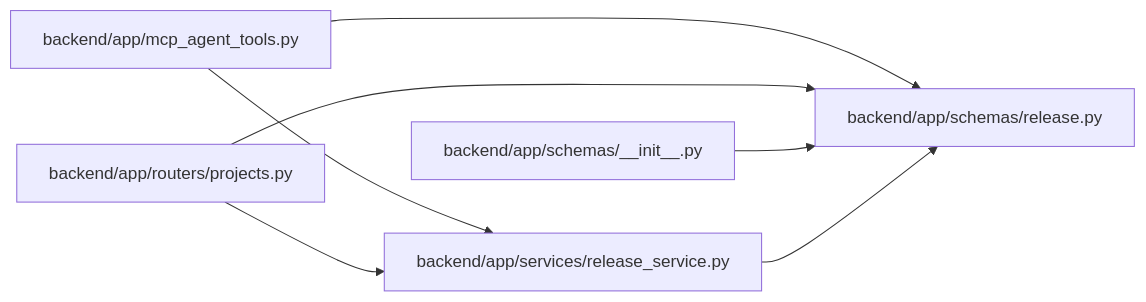
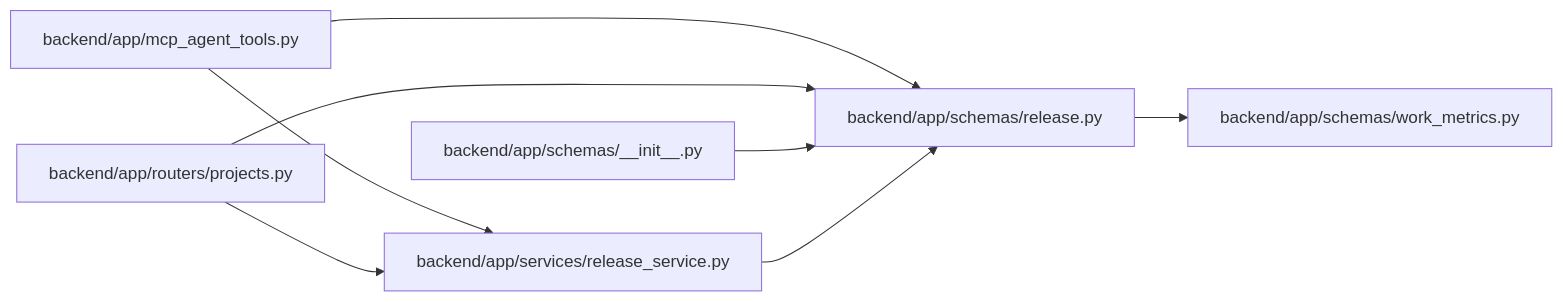
Before and after one commit to Denissvgn/WorkChord: the diagram in docs/llm_wiki/modules/schemas_release.md, drawn with Mermaid. The commit also changed other lines of this file and 958 other files, not shown here.

First line of the commit message:
docs(wiki): refresh identity and recovery architecture

````diff
--- a/docs/llm_wiki/modules/schemas_release.md
+++ b/docs/llm_wiki/modules/schemas_release.md
@@ -21,19 +22,22 @@
 ```mermaid
 flowchart LR
     n0["backend/app/mcp_agent_tools.py"]
     n1["backend/app/routers/projects.py"]
     n2["backend/app/schemas/__init__.py"]
     n3["backend/app/schemas/release.py"]
-    n4["backend/app/services/release_service.py"]
+    n4["backend/app/schemas/work_metrics.py"]
+    n5["backend/app/services/release_service.py"]
     n0 --> n3
-    n0 --> n4
+    n0 --> n5
     n1 --> n3
-    n1 --> n4
+    n1 --> n5
     n2 --> n3
-    n4 --> n3
+    n3 --> n4
+    n5 --> n3
     click n0 "../modules/mcp_agent_tools.md"
     click n1 "../modules/projects.md"
     click n2 "../modules/schemas___init__.md"
     click n3 "../modules/schemas_release.md"
-    click n4 "../modules/release_service.md"
+    click n4 "../modules/schemas_work_metrics.md"
+    click n5 "../modules/release_service.md"
 ```
````
